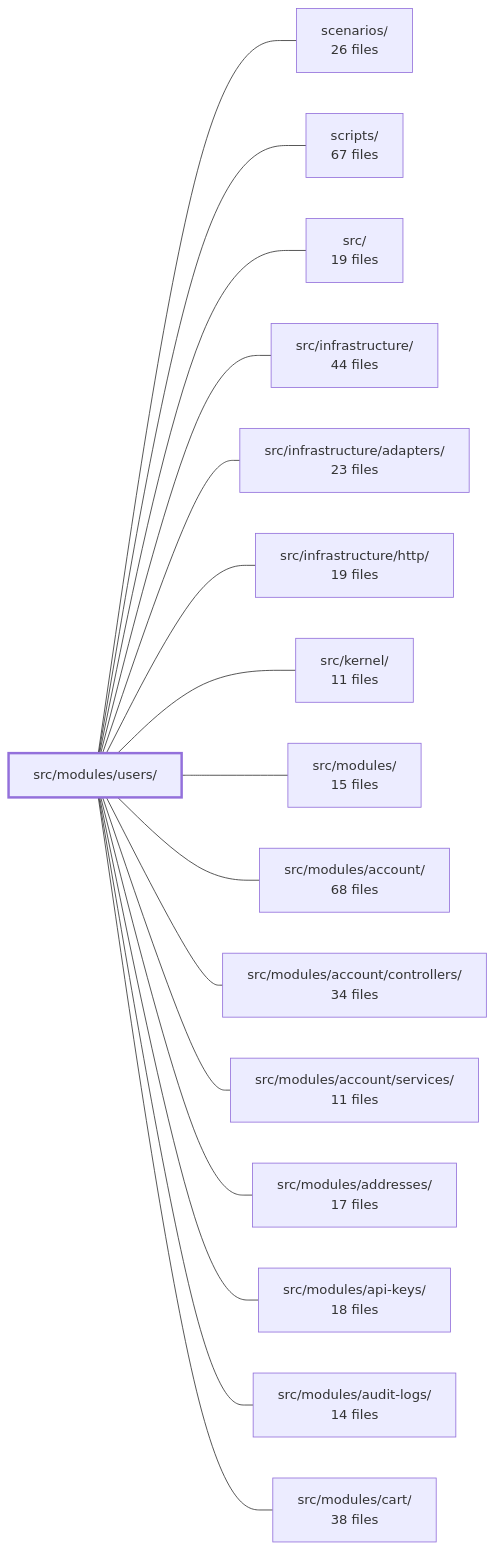
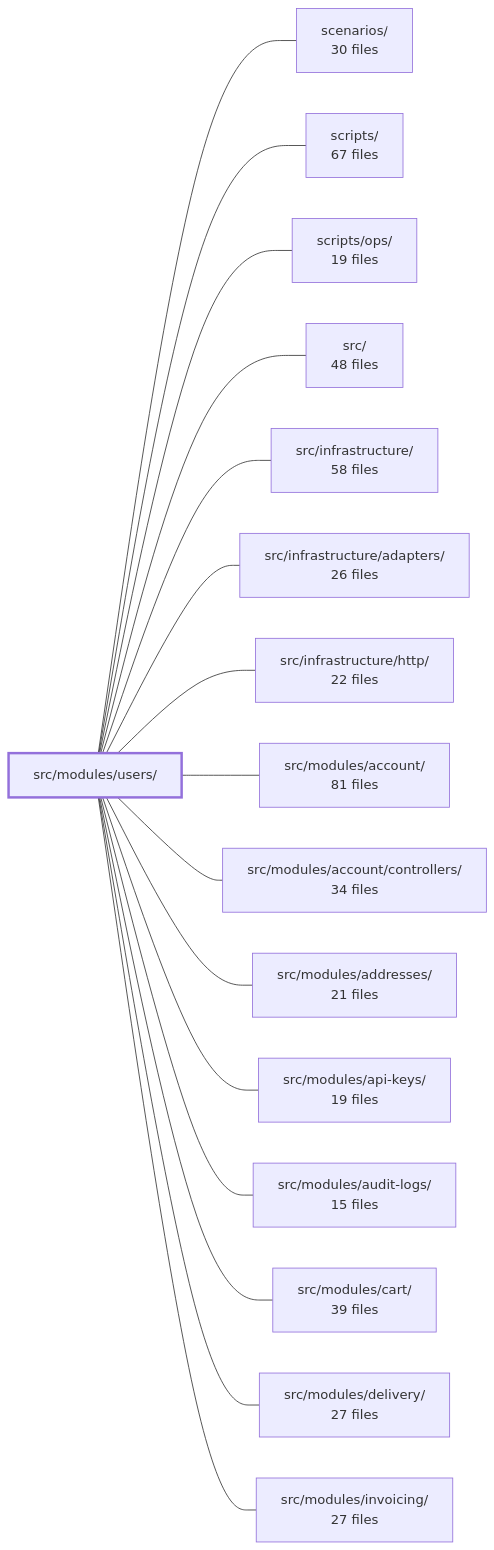
The diagram in .2brain/modules/boilerplate-node-backend_src_modules_users.md (Guebbit/boilerplate-node-backend), drawn with Mermaid before and after one commit. The commit also changed other lines of this file and 187 other files, not shown here.

````diff
--- a/.2brain/modules/boilerplate-node-backend_src_modules_users.md
+++ b/.2brain/modules/boilerplate-node-backend_src_modules_users.md
@@ -55,35 +42,35 @@
 ```mermaid
 flowchart LR
     m_src_modules_users["src/modules/users/"]
-    m_scenarios["scenarios/<br/>26 files"]
+    m_scenarios["scenarios/<br/>30 files"]
     m_scripts["scripts/<br/>67 files"]
-    m_src["src/<br/>19 files"]
-    m_src_infrastructure["src/infrastructure/<br/>44 files"]
-    m_src_infrastructure_adapters["src/infrastructure/adapters/<br/>23 files"]
-    m_src_infrastructure_http["src/infrastructure/http/<br/>19 files"]
-    m_src_kernel["src/kernel/<br/>11 files"]
-    m_src_modules["src/modules/<br/>15 files"]
-    m_src_modules_account["src/modules/account/<br/>68 files"]
+    m_scripts_ops["scripts/ops/<br/>19 files"]
+    m_src["src/<br/>48 files"]
+    m_src_infrastructure["src/infrastructure/<br/>58 files"]
+    m_src_infrastructure_adapters["src/infrastructure/adapters/<br/>26 files"]
+    m_src_infrastructure_http["src/infrastructure/http/<br/>22 files"]
+    m_src_modules_account["src/modules/account/<br/>81 files"]
     m_src_modules_account_controllers["src/modules/account/controllers/<br/>34 files"]
-    m_src_modules_account_services["src/modules/account/services/<br/>11 files"]
-    m_src_modules_addresses["src/modules/addresses/<br/>17 files"]
-    m_src_modules_api_keys["src/modules/api-keys/<br/>18 files"]
-    m_src_modules_audit_logs["src/modules/audit-logs/<br/>14 files"]
-    m_src_modules_cart["src/modules/cart/<br/>38 files"]
+    m_src_modules_addresses["src/modules/addresses/<br/>21 files"]
+    m_src_modules_api_keys["src/modules/api-keys/<br/>19 files"]
+    m_src_modules_audit_logs["src/modules/audit-logs/<br/>15 files"]
+    m_src_modules_cart["src/modules/cart/<br/>39 files"]
+    m_src_modules_delivery["src/modules/delivery/<br/>27 files"]
+    m_src_modules_invoicing["src/modules/invoicing/<br/>27 files"]
     m_src_modules_users --- m_scenarios
     m_src_modules_users --- m_scripts
+    m_src_modules_users --- m_scripts_ops
     m_src_modules_users --- m_src
     m_src_modules_users --- m_src_infrastructure
     m_src_modules_users --- m_src_infrastructure_adapters
     m_src_modules_users --- m_src_infrastructure_http
-    m_src_modules_users --- m_src_kernel
-    m_src_modules_users --- m_src_modules
     m_src_modules_users --- m_src_modules_account
     m_src_modules_users --- m_src_modules_account_controllers
-    m_src_modules_users --- m_src_modules_account_services
     m_src_modules_users --- m_src_modules_addresses
     m_src_modules_users --- m_src_modules_api_keys
     m_src_modules_users --- m_src_modules_audit_logs
     m_src_modules_users --- m_src_modules_cart
+    m_src_modules_users --- m_src_modules_delivery
+    m_src_modules_users --- m_src_modules_invoicing
     style m_src_modules_users stroke-width:3px
 ```
````
